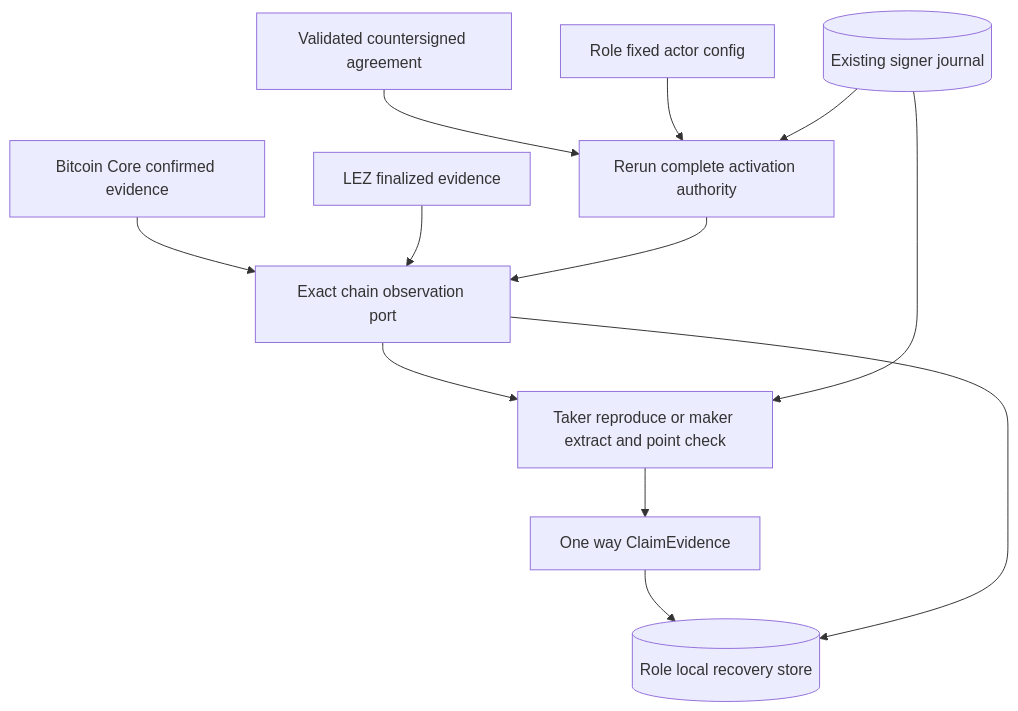
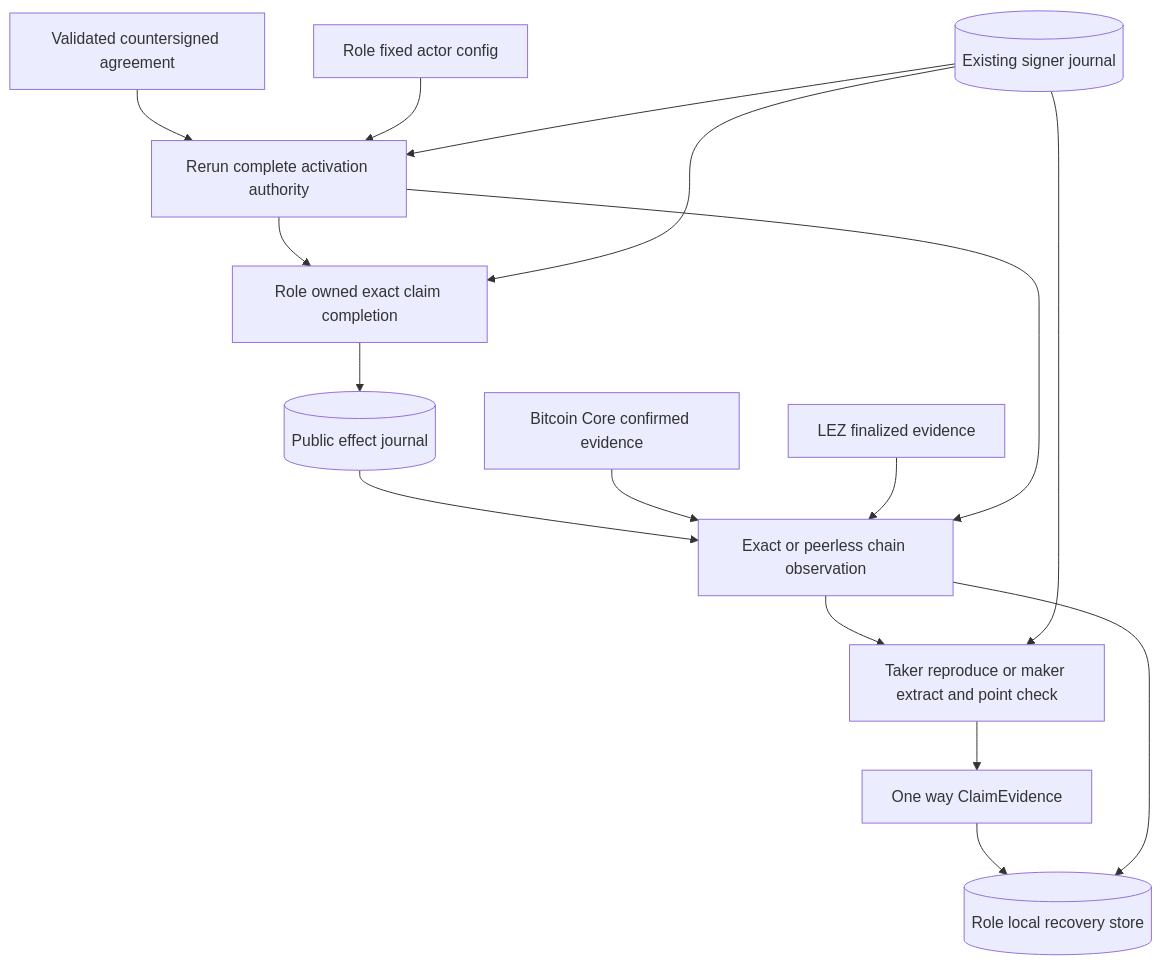
The first of 2 diagrams in docs/architecture/0035-project-claims-only-from-canonical-public-evidence.md (gateway-fm/lez-atomic-swaps), drawn with Mermaid before and after one commit. The commit also changed other lines of this file and 2 other files, not shown here.

Commit message:
docs: compose M3 actor claim architecture

````diff
--- a/docs/architecture/0035-project-claims-only-from-canonical-public-evidence.md
+++ b/docs/architecture/0035-project-claims-only-from-canonical-public-evidence.md
@@ -51,25 +61,31 @@
 ```mermaid
 flowchart TB
     Agreement["Validated countersigned agreement"]
     Config["Role fixed actor config"]
     Signer[("Existing signer journal")]
     Gate["Rerun complete activation authority"]
-    Observer["Exact chain observation port"]
+    Completion["Role owned exact claim completion"]
+    Effect[("Public effect journal")]
+    Observer["Exact or peerless chain observation"]
     Core["Bitcoin Core confirmed evidence"]
     Lez["LEZ finalized evidence"]
     Relation["Taker reproduce or maker extract and point check"]
     Commitment["One way ClaimEvidence"]
     Recovery[("Role local recovery store")]
 
     Agreement --> Gate
     Config --> Gate
     Signer --> Gate
+    Gate --> Completion
+    Signer --> Completion
+    Completion --> Effect
+    Effect --> Observer
     Core --> Observer
     Lez --> Observer
     Gate --> Observer
     Observer --> Relation
     Signer --> Relation
     Relation --> Commitment
     Commitment --> Recovery
     Observer --> Recovery
 ```
````
